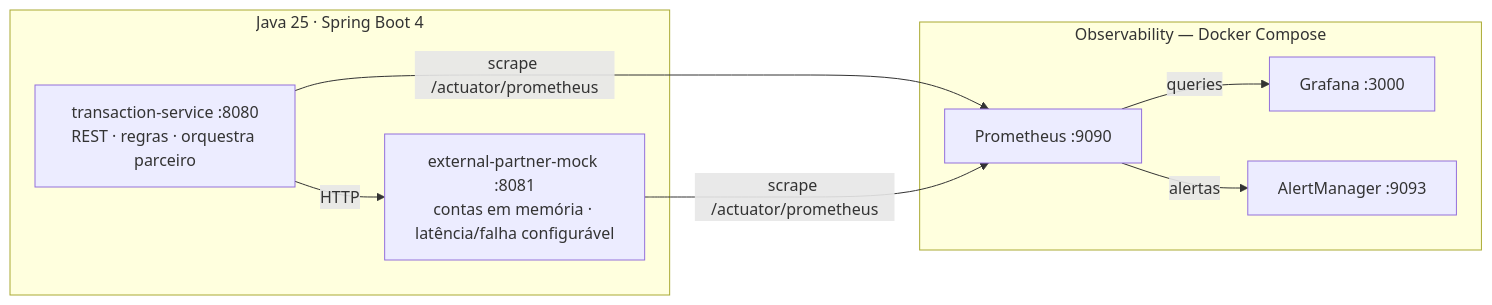
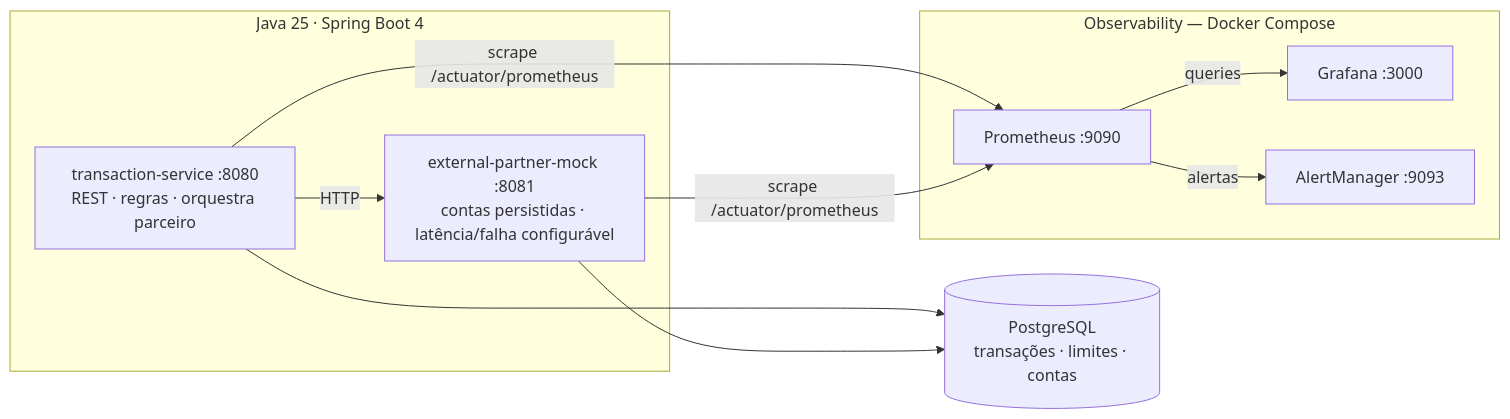
Before and after one commit to rgalvao93/pix-transaction-observability: the seventh of 10 diagrams in docs/system-design.md, drawn with Mermaid. The commit also changed other lines of this file and 35 other files, not shown here.

First line of the commit message:
feat: persiste transações, limites diários e saldos em PostgreSQL (ADR-009)

````diff
--- a/docs/system-design.md
+++ b/docs/system-design.md
@@ -254,17 +253,20 @@
 ```mermaid
 flowchart LR
     subgraph Services[Java 25 · Spring Boot 4]
         TS[transaction-service :8080<br/>REST · regras · orquestra parceiro]
-        PM[external-partner-mock :8081<br/>contas em memória · latência/falha configurável]
+        PM[external-partner-mock :8081<br/>contas persistidas · latência/falha configurável]
     end
     subgraph Obs[Observability — Docker Compose]
         PR[Prometheus :9090]
         GR[Grafana :3000]
         AM[AlertManager :9093]
     end
+    DB[(PostgreSQL<br/>transações · limites · contas)]
     TS -->|HTTP| PM
+    TS --> DB
+    PM --> DB
     TS -->|scrape /actuator/prometheus| PR
     PM -->|scrape /actuator/prometheus| PR
     PR -->|alertas| AM
     PR -->|queries| GR
 ```
````
